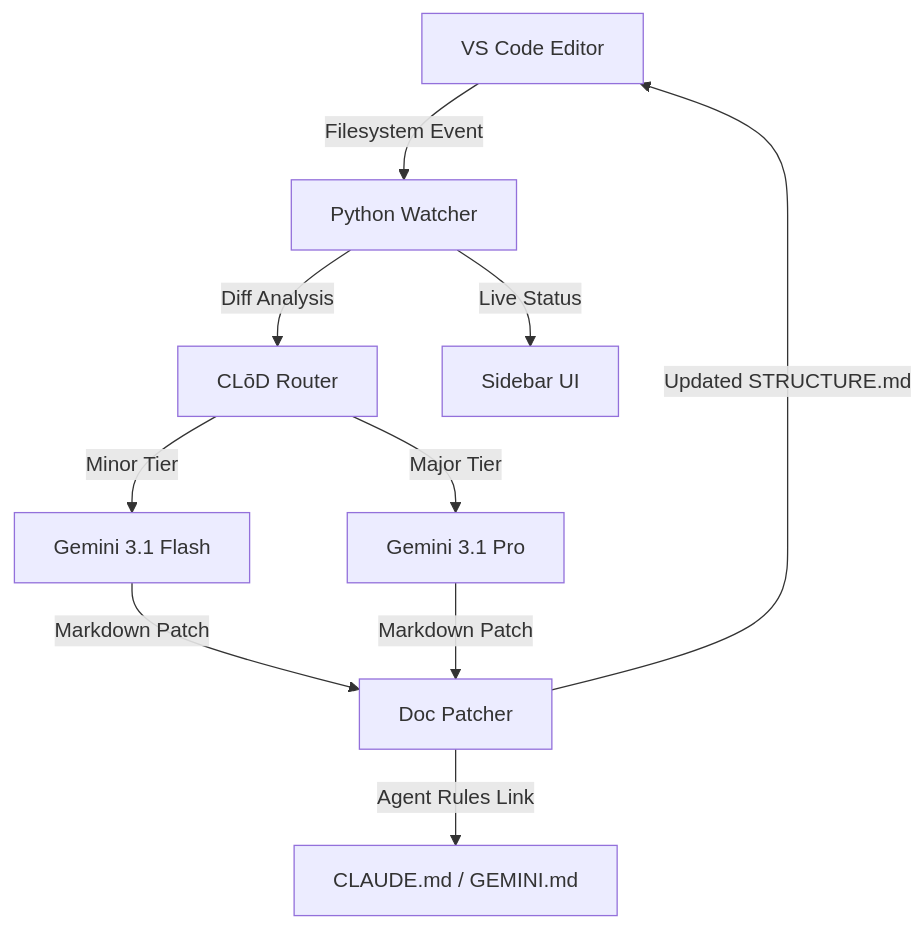
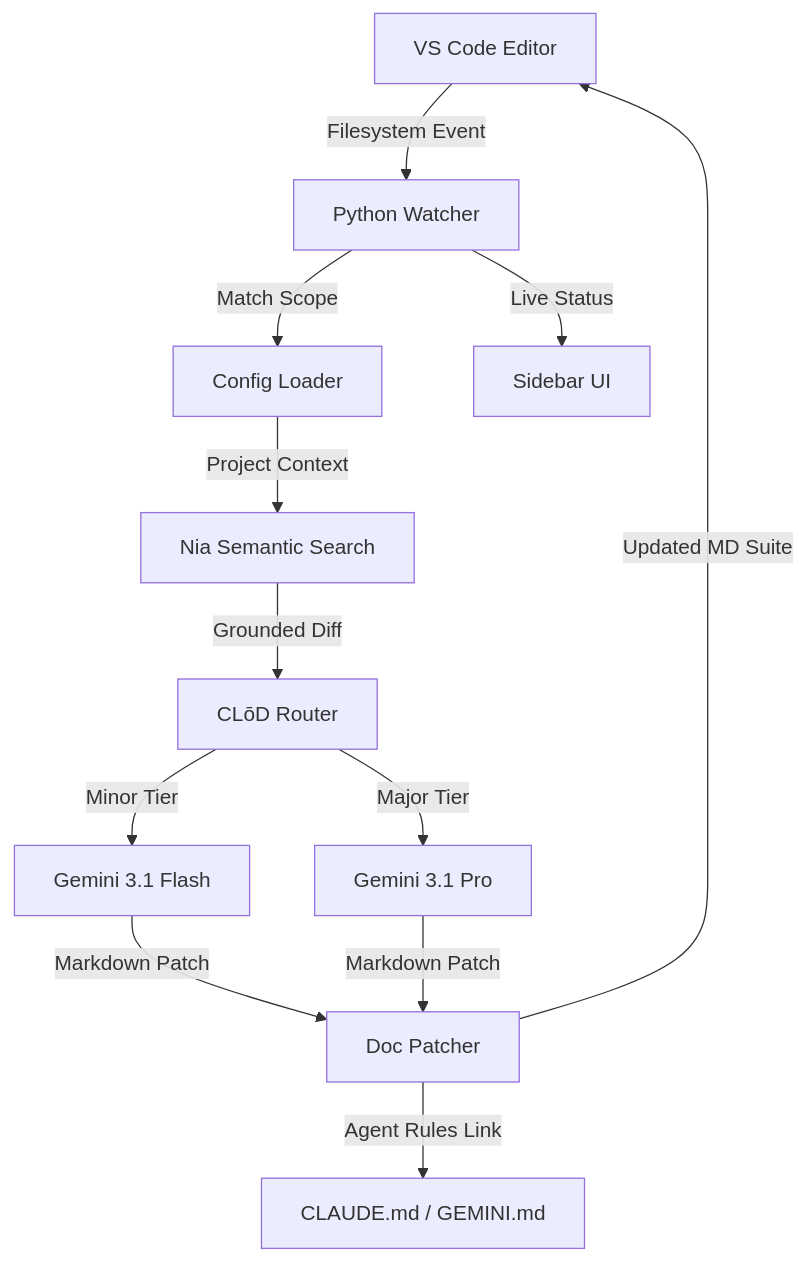
One commit to s655liu/DocJanitor changed the diagram in ARCHITECTURE.md. Above: the diagram before and after it, drawn with Mermaid. The commit also changed other lines of this file and 5 other files, not shown here.

````diff
--- a/ARCHITECTURE.md
+++ b/ARCHITECTURE.md
@@ -9,11 +9,13 @@
 ```mermaid
 graph TD
     A[VS Code Editor] -->|Filesystem Event| B[Python Watcher]
-    B -->|Diff Analysis| C[CLōD Router]
-    C -->|Minor Tier| D[Gemini 3.1 Flash]
-    C -->|Major Tier| E[Gemini 3.1 Pro]
-    D & E -->|Markdown Patch| F[Doc Patcher]
-    F -->|Updated STRUCTURE.md| A
-    F -->|Agent Rules Link| G[CLAUDE.md / GEMINI.md]
-    B -->|Live Status| H[Sidebar UI]
+    B -->|Match Scope| C[Config Loader]
+    C -->|Project Context| D[Nia Semantic Search]
+    D -->|Grounded Diff| E[CLōD Router]
+    E -->|Minor Tier| F[Gemini 3.1 Flash]
+    E -->|Major Tier| G[Gemini 3.1 Pro]
+    F & G -->|Markdown Patch| H[Doc Patcher]
+    H -->|Updated MD Suite| A
+    H -->|Agent Rules Link| I[CLAUDE.md / GEMINI.md]
+    B -->|Live Status| J[Sidebar UI]
 ```
````
